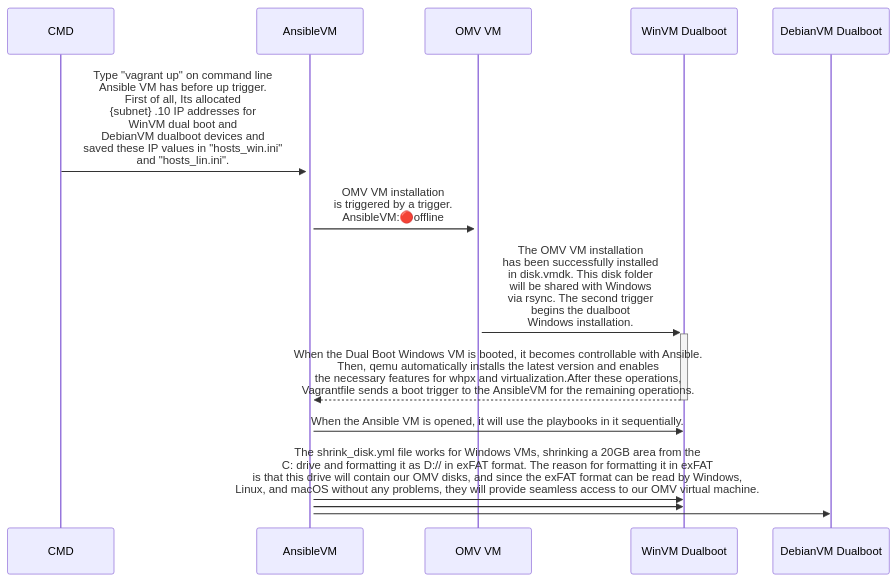
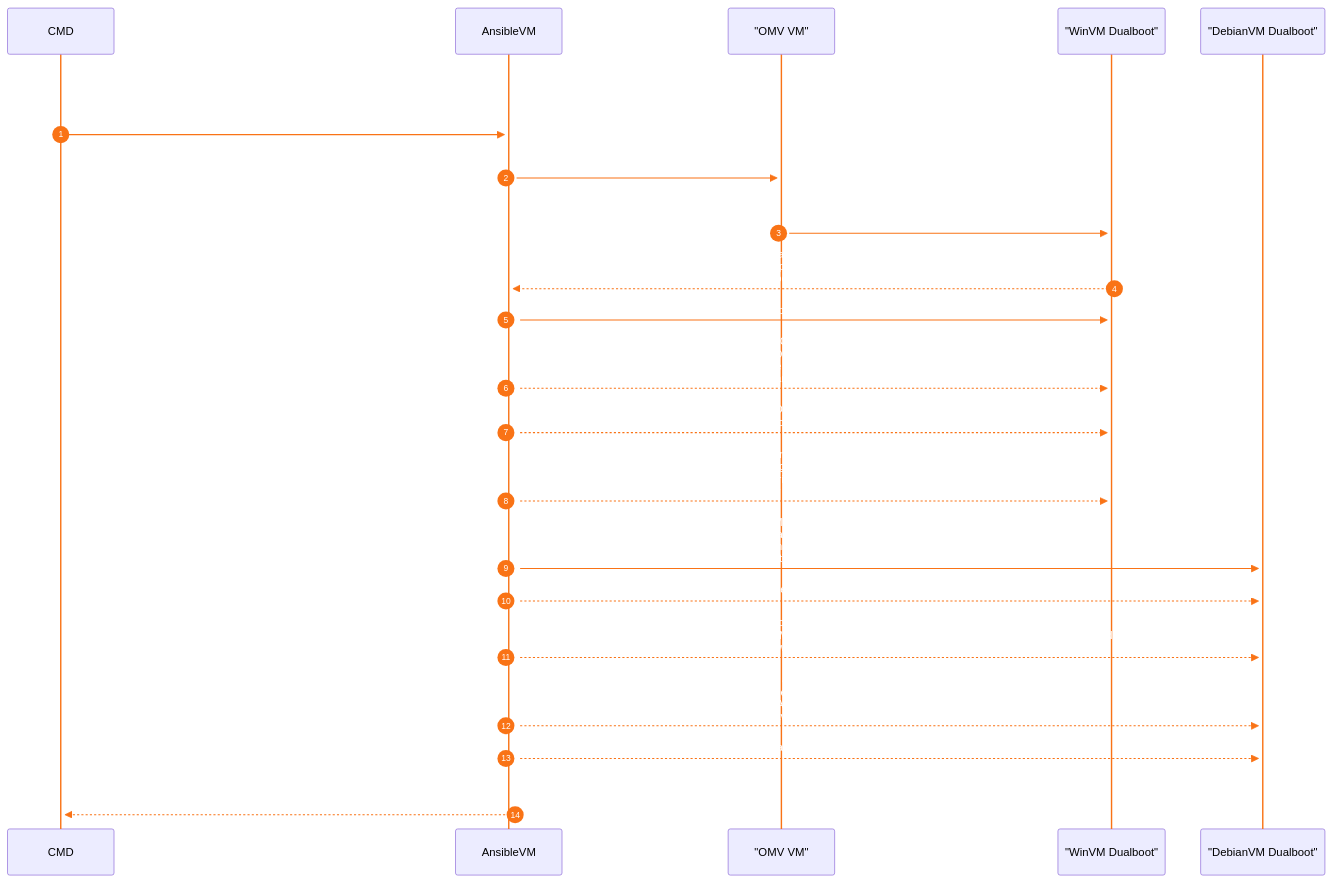
The second of 3 diagrams in README.md (znach-lab/main-goal), drawn with Mermaid before and after one commit.

````diff
--- a/README.md
+++ b/README.md
@@ -56,13 +56,32 @@
 ```mermaid
+%%{init: {'theme':'default', 'themeVariables': {
+  'lineColor': '#f97316',
+  'actorLineColor': '#f97316',
+  'signalColor': '#f97316',
+  'signalTextColor': '#ffffff'
+}}}%%
+
+
 sequenceDiagram
-    CMD->>+AnsibleVM: Type "vagrant up" on command line<br/>Ansible VM has before up trigger.<br> First of all, Its allocated<br> {subnet} .10 IP addresses for <br>WinVM dual boot and <br>DebianVM dualboot devices and <br>saved these IP values in "hosts_win.ini"<br> and "hosts_lin.ini".
-    AnsibleVM->>+OMV VM: OMV VM installation <br>is triggered by a trigger. <br> AnsibleVM:🔴offline
-    OMV VM->>+WinVM Dualboot:The OMV VM installation<br> has been successfully installed<br> in disk.vmdk. This disk folder <br>will be shared with Windows <br>via rsync. The second trigger <br>begins the dualboot <br>Windows installation.
-    WinVM Dualboot-->>-AnsibleVM:When the Dual Boot Windows VM is booted, it becomes controllable with Ansible.<br> Then, qemu automatically installs the latest version and enables<br> the necessary features for whpx and virtualization.After these operations, <br>Vagrantfile sends a boot trigger to the AnsibleVM for the remaining operations.
-    AnsibleVM->>WinVM Dualboot: When the Ansible VM is opened, it will use the playbooks in it sequentially.
-    AnsibleVM->>WinVM Dualboot: The shrink_disk.yml file works for Windows VMs, shrinking a 20GB area from the<br> C: drive and formatting it as D:// in exFAT format. The reason for formatting it in exFAT <br>is that this drive will contain our OMV disks, and since the exFAT format can be read by Windows, <br> Linux, and macOS without any problems, they will provide seamless access to our OMV virtual machine.
-    AnsibleVM->>WinVM Dualboot:
-   
-    AnsibleVM->>DebianVM Dualboot: 
+    autonumber
+    participant CMD
+    participant AnsibleVM
+    participant OMV as "OMV VM"
+    participant WIN as "WinVM Dualboot"
+    participant DEB as "DebianVM Dualboot"
 
+    CMD->>+AnsibleVM: Type "vagrant up" on command line<br/>Ansible VM has a pre-up trigger<br/>First it allocates {subnet}.10 IP for<br/>WinVM Dualboot and DebianVM Dualboot<br/>Then it saves these IP values into hosts_win.ini and hosts_lin.ini
+    AnsibleVM->>+OMV: OMV VM installation is triggered by a trigger<br/>AnsibleVM offline
+    OMV->>+WIN: OMV VM is installed into disk.vmdk<br/>This disk folder will be shared with Windows via rsync<br/>The second trigger starts Dualboot Windows installation
+    WIN-->>+AnsibleVM: After Dualboot Windows starts it becomes controllable with Ansible<br/>Then qemu is installed or updated and WHPX features are enabled<br/>After that the Vagrantfile sends a boot trigger to AnsibleVM for remaining operations
+    AnsibleVM->>+WIN: When AnsibleVM is up it runs its playbooks in sequence
+    AnsibleVM-->>+WIN: shrink_disk.yml shrinks 20 GB from C: and formats as D:// (exFAT)<br/>Reason: D:// will host OMV disks<br/>exFAT is readable by Windows - Linux - macOS<br/>This provides seamless access to the OMV VM
+    AnsibleVM-->>+WIN: copy_disks.yml copies OMV disks disk.vmdk and disk1.vmdk<br/>from the shared folder to the new exFAT formatted D:// drive
+    AnsibleVM-->>+WIN: start_vm.yml creates two files in Windows<br/>A PS1 file with qemu startup parameters using WHPX to boot disk.vmdk and disk1.vmdk in BIOS mode<br/>A BAT file in Startup that triggers the PS1 at every Windows boot<br/>This automatically starts qemu and the OMV VM
+    AnsibleVM->>+DEB: After WinVM Dualboot tasks are done a trigger shuts down WinVM<br/>Then installation continues with a custom Debian ISO with preseed<br/>During install it gets an IP via DHCP and derives the subnet<br/>Then it assigns {subnet}.10 statically so DebianVM Dualboot is manageable with Ansible
+    AnsibleVM-->>+DEB: install_qemu_on_debian.yml installs qemu automatically on DebianVM Dualboot
+    AnsibleVM-->>+DEB: start_vm_when_reboot_debian.yml adds qemu parameters so that on every reboot<br/>a service auto starts the OMV VM using disk.vmdk and disk1.vmdk from the mounted OMV disk<br/>Port forwarding sets OMV SSH to 2222 and HTTP to 8080
+    AnsibleVM-->>+DEB: change_vda.yml attaches the WinVM Dualboot virtual disk as a second disk<br/>so DebianVM can access the OMV VM on first boot<br/>On this VM the exFAT partition appears as vdb2 but on the main VM it will be vda2<br/>To avoid issues fstab is updated from vdb2 to vda2
+    AnsibleVM-->>+DEB: After all Debian tasks finish shutdown_lin.yml powers off DebianVM Dualboot
+    AnsibleVM-->>+CMD: When all VMs are ready extra VM definitions are cleaned via virsh<br/>Then ./change_boot.sh makes the DebianVM Dualboot disk bootable in WinVM<br/>and sets it as the first boot device
 ```
````
